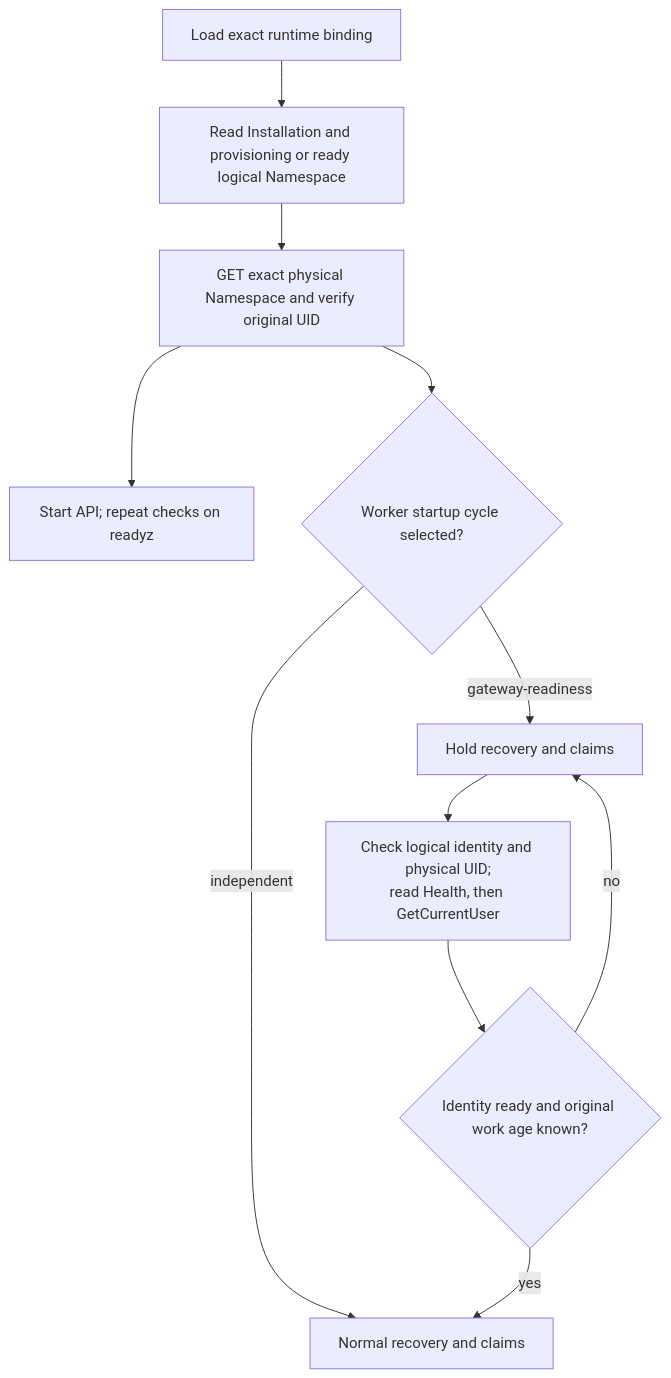
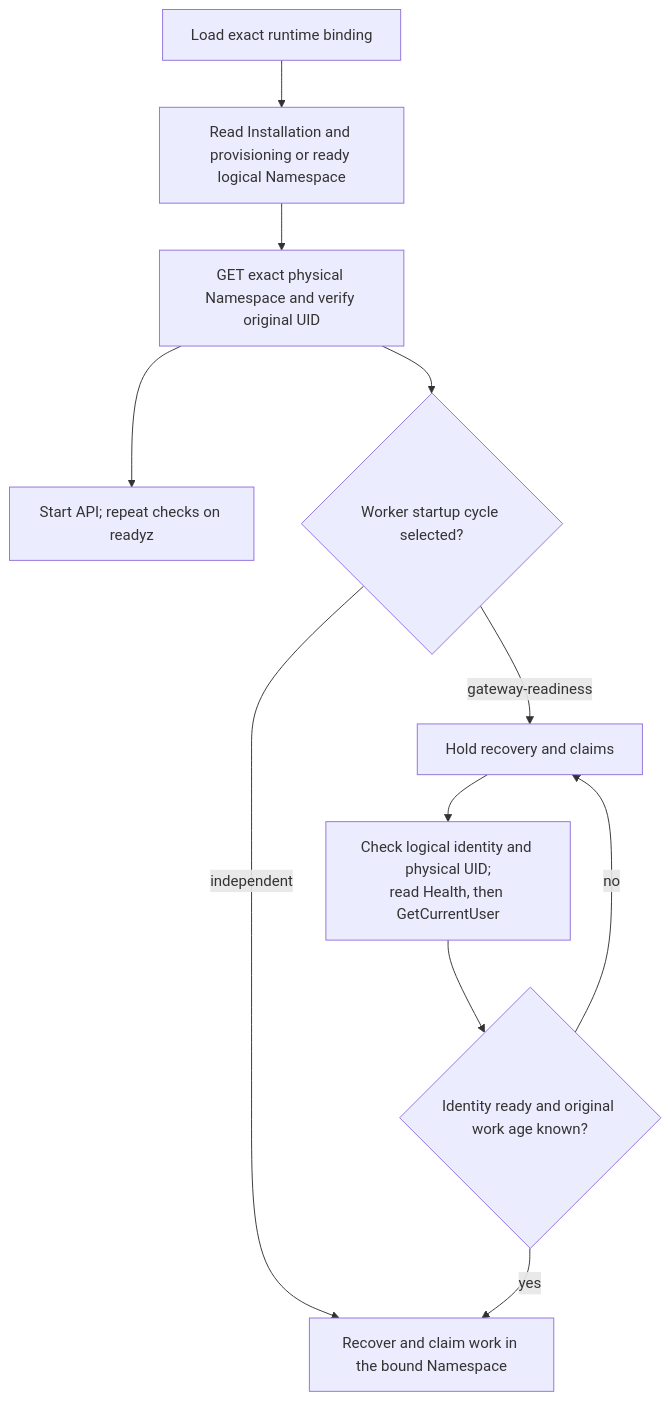
The diagram in docs/flows/named-workspace-runtime.md (openclaw/openclaw-enterprise), drawn with Mermaid before and after one commit. The commit also changed other lines of this file and 4 other files, not shown here.

Commit message:
fix: limit named worker recovery and maintenance to its namespace

````diff
--- a/docs/flows/named-workspace-runtime.md
+++ b/docs/flows/named-workspace-runtime.md
@@ -31,13 +31,13 @@
 ```mermaid
 graph TD
     A["Load exact runtime binding"] --> B["Read Installation and provisioning or ready logical Namespace"]
     B --> C["GET exact physical Namespace and verify original UID"]
     C --> D["Start API; repeat checks on readyz"]
     C --> E{"Worker startup cycle selected?"}
-    E -->|independent| J["Normal recovery and claims"]
+    E -->|independent| J["Recover and claim work in the bound Namespace"]
     E -->|gateway-readiness| F["Hold recovery and claims"]
     F --> G["Check logical identity and physical UID;<br/>read Health, then GetCurrentUser"]
     G --> H{"Identity ready and original work age known?"}
     H -->|no| F
     H -->|yes| J
 ```
````
